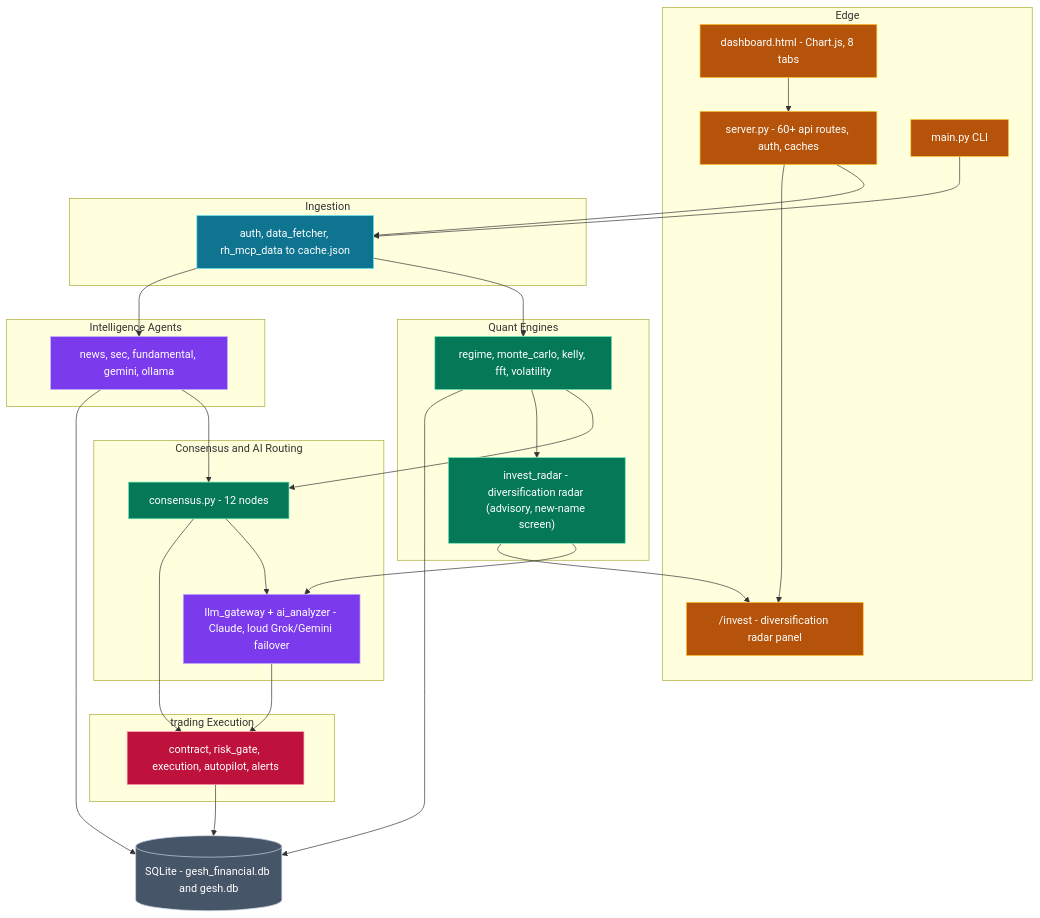
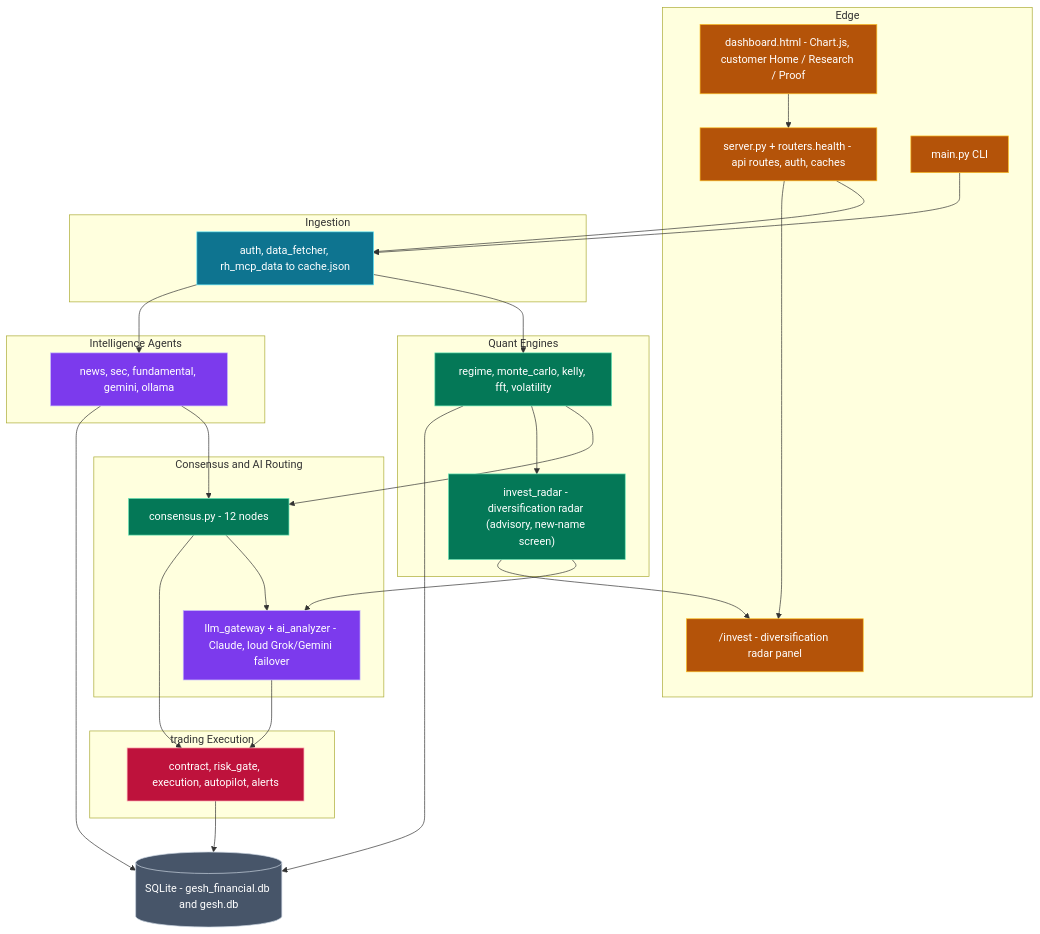
Before and after one commit to gesh75/Gesh-Project: the second of 8 diagrams in docs/ARCHITECTURE.md, drawn with Mermaid. The commit also changed other lines of this file and 4 other files, not shown here.

First line of the commit message:
docs: document customer Home desk and owner-ECG isolation

````diff
--- a/docs/ARCHITECTURE.md
+++ b/docs/ARCHITECTURE.md
@@ -84,57 +84,57 @@
 ```mermaid
 flowchart TB
     subgraph EDGE["Edge"]
-        api["server.py - 60+ api routes, auth, caches"]:::core
-        dash["dashboard.html - Chart.js, 8 tabs"]:::core
+        api["server.py + routers.health - api routes, auth, caches"]:::core
+        dash["dashboard.html - Chart.js, customer Home / Research / Proof"]:::core
         invest["/invest - diversification radar panel"]:::core
         cli["main.py CLI"]:::core
     end
 
     subgraph INGEST["Ingestion"]
         fetch["auth, data_fetcher, rh_mcp_data to cache.json"]:::svc
     end
 
     subgraph QUANT["Quant Engines"]
         regime["regime, monte_carlo, kelly, fft, volatility"]:::data
         radar["invest_radar - diversification radar (advisory, new-name screen)"]:::data
     end
 
     subgraph AGENTS["Intelligence Agents"]
         intel["news, sec, fundamental, gemini, ollama"]:::ai
     end
 
     subgraph BRAIN["Consensus and AI Routing"]
         cons["consensus.py - 12 nodes"]:::data
         ai["llm_gateway + ai_analyzer - Claude, loud Grok/Gemini failover"]:::ai
     end
 
     subgraph EXEC["trading Execution"]
         gate["contract, risk_gate, execution, autopilot, alerts"]:::danger
     end
 
     store[("SQLite - gesh_financial.db and gesh.db")]:::store
 
     dash --> api
     cli --> fetch
     api --> fetch --> regime
     fetch --> intel
     regime --> cons
     intel --> cons
     cons --> ai
     ai --> gate
     cons --> gate
     regime --> radar
     radar --> ai
     radar --> invest
     api --> invest
     regime --> store
     intel --> store
     gate --> store
 
     classDef core   fill:#b45309,stroke:#fbbf24,color:#fff
     classDef svc    fill:#0e7490,stroke:#67e8f9,color:#fff
     classDef data   fill:#047857,stroke:#6ee7b7,color:#fff
     classDef ai     fill:#7c3aed,stroke:#c4b5fd,color:#fff
     classDef danger fill:#be123c,stroke:#fda4af,color:#fff
     classDef store  fill:#475569,stroke:#cbd5e1,color:#fff
 ```
````
